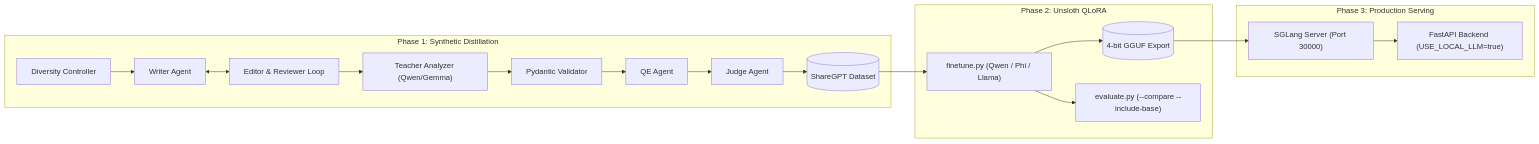
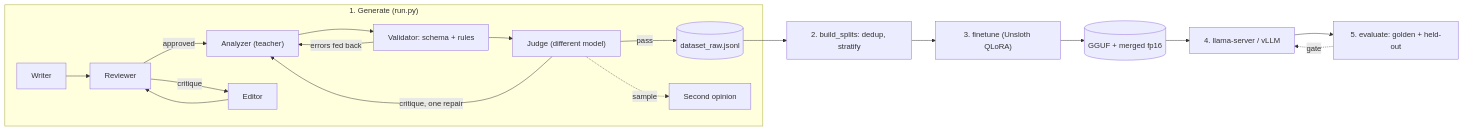
One commit to the-anup-das/smart-diary changed the diagram in data_pipeline/README.md. Above: the diagram before and after it, drawn with Mermaid. The commit also changed other lines of this file and 12 other files, not shown here.

First line of the commit message:
feat(pipeline): responses-only QLoRA training with exports and manifest, value-level evaluation with gates, judge calibration, docs

````diff
--- a/data_pipeline/README.md
+++ b/data_pipeline/README.md
@@ -9,23 +9,19 @@
 ```mermaid
 flowchart LR
-    subgraph Phase1["Phase 1: Synthetic Distillation"]
-        DC["Diversity Controller"] --> W["Writer Agent"]
-        W <--> E["Editor & Reviewer Loop"]
-        E --> A["Teacher Analyzer (Qwen/Gemma)"]
-        A --> SV["Pydantic Validator"]
-        SV --> QE["QE Agent"]
-        QE --> J["Judge Agent"]
-        J --> D[("ShareGPT Dataset")]
+    subgraph gen["1. Generate (run.py)"]
+        W["Writer"] --> R["Reviewer"]
+        R -->|approved| A["Analyzer (teacher)"]
+        R -->|critique| E["Editor"] --> R
+        A --> V["Validator: schema + rules"]
+        V -->|errors fed back| A
+        V --> J["Judge (different model)"]
+        J -->|critique, one repair| A
+        J -->|pass| D[("dataset_raw.jsonl")]
+        J -.->|sample| J2["Second opinion"]
     end
-
-    subgraph Phase2["Phase 2: Unsloth QLoRA"]
-        D --> FT["finetune.py (Qwen / Phi / Llama)"]
-        FT --> GGUF[("4-bit GGUF Export")]
-        FT --> EVAL["evaluate.py (--compare --include-base)"]
-    end
-
-    subgraph Phase3["Phase 3: Production Serving"]
-        GGUF --> SGL["SGLang Server (Port 30000)"]
-        SGL --> BACKEND["FastAPI Backend (USE_LOCAL_LLM=true)"]
-    end
+    D --> S["2. build_splits: dedup, stratify"] --> T["3. finetune (Unsloth QLoRA)"]
+    T --> G[("GGUF + merged fp16")]
+    G --> Serve["4. llama-server / vLLM"]
+    Serve --> Ev["5. evaluate: golden + held-out"]
+    Ev -.->|gate| Serve
 ```
````
